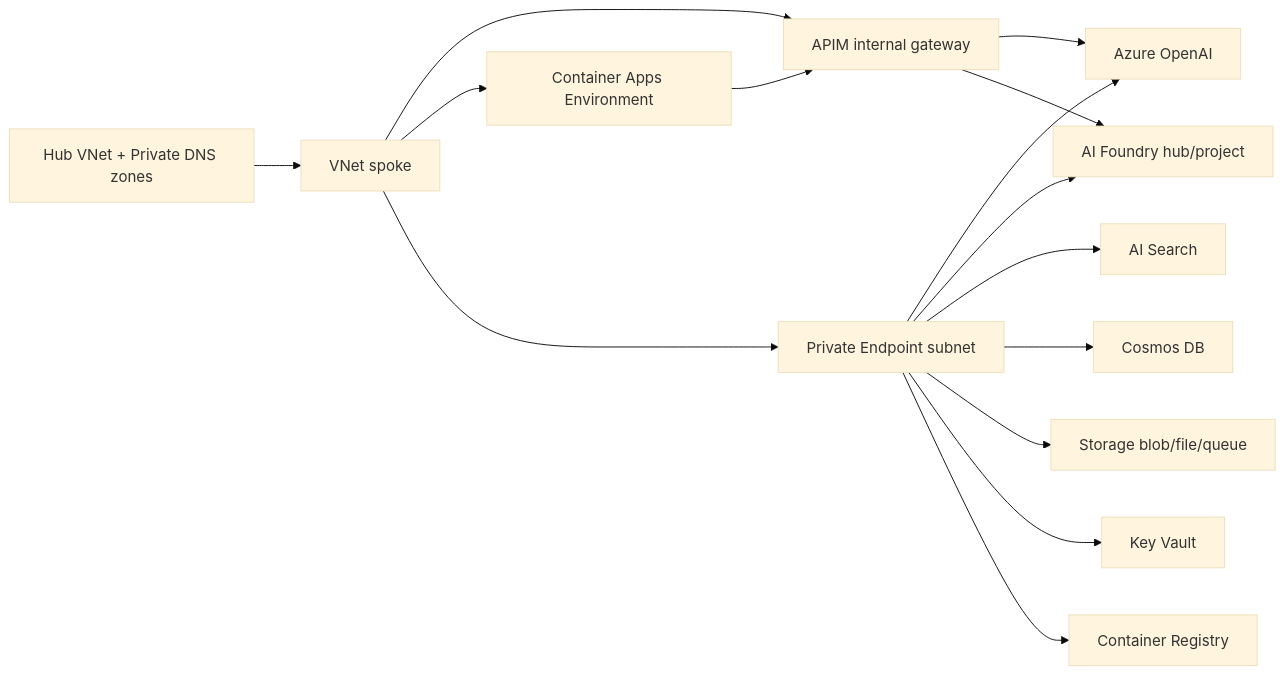
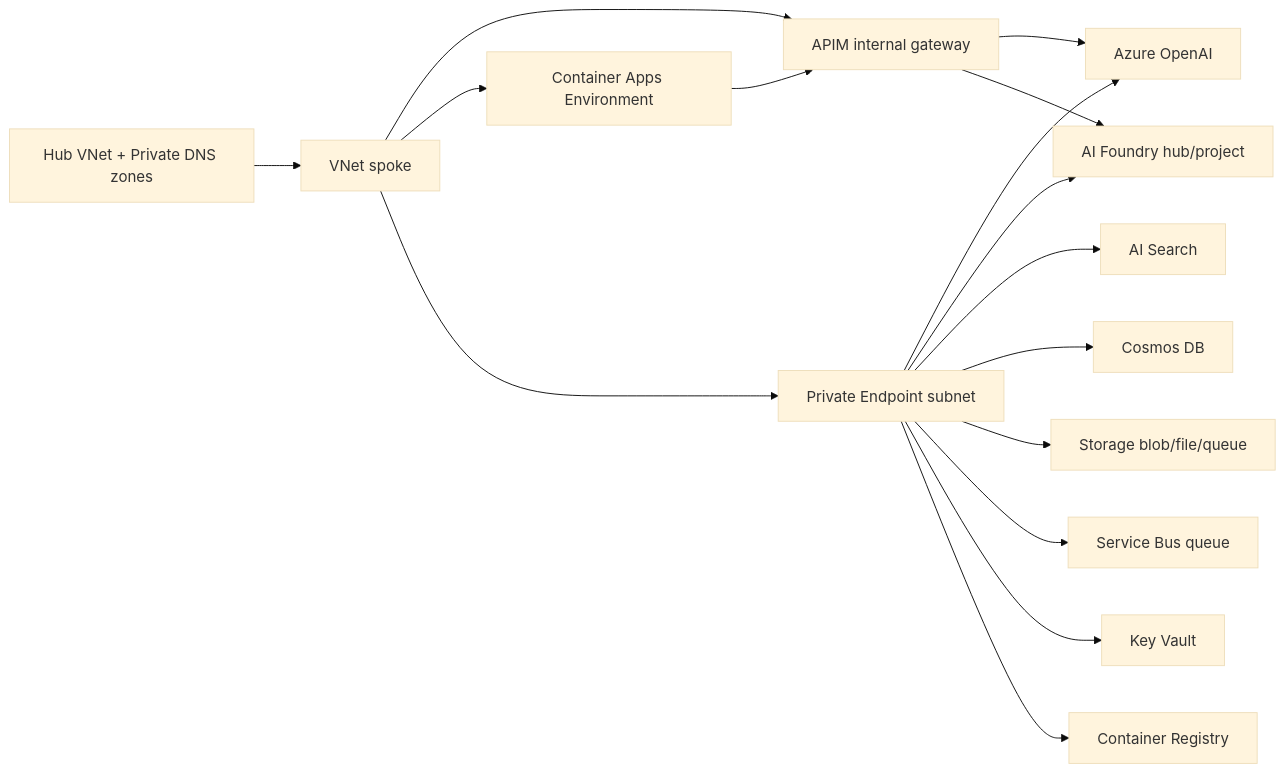
The diagram in README.md (martinopedal/terraform-azurerm-avm-ptn-aifoundry-citadel), drawn with Mermaid (base theme) before and after one commit. The commit also changed other lines of this file and 9 other files, not shown here.

````diff
--- a/README.md
+++ b/README.md
@@ -23,17 +23,18 @@
 ```mermaid
 flowchart LR
   Hub[Hub VNet + Private DNS zones] --> Spoke[VNet spoke]
   Spoke --> APIM[APIM internal gateway]
   Spoke --> ACA[Container Apps Environment]
   Spoke --> PE[Private Endpoint subnet]
   PE --> AOAI[Azure OpenAI]
   PE --> Foundry[AI Foundry hub/project]
   PE --> Search[AI Search]
   PE --> Cosmos[Cosmos DB]
   PE --> Storage[Storage blob/file/queue]
+  PE --> SB[Service Bus queue]
   PE --> KV[Key Vault]
   PE --> ACR[Container Registry]
   ACA --> APIM
   APIM --> AOAI
   APIM --> Foundry
 ```
````
